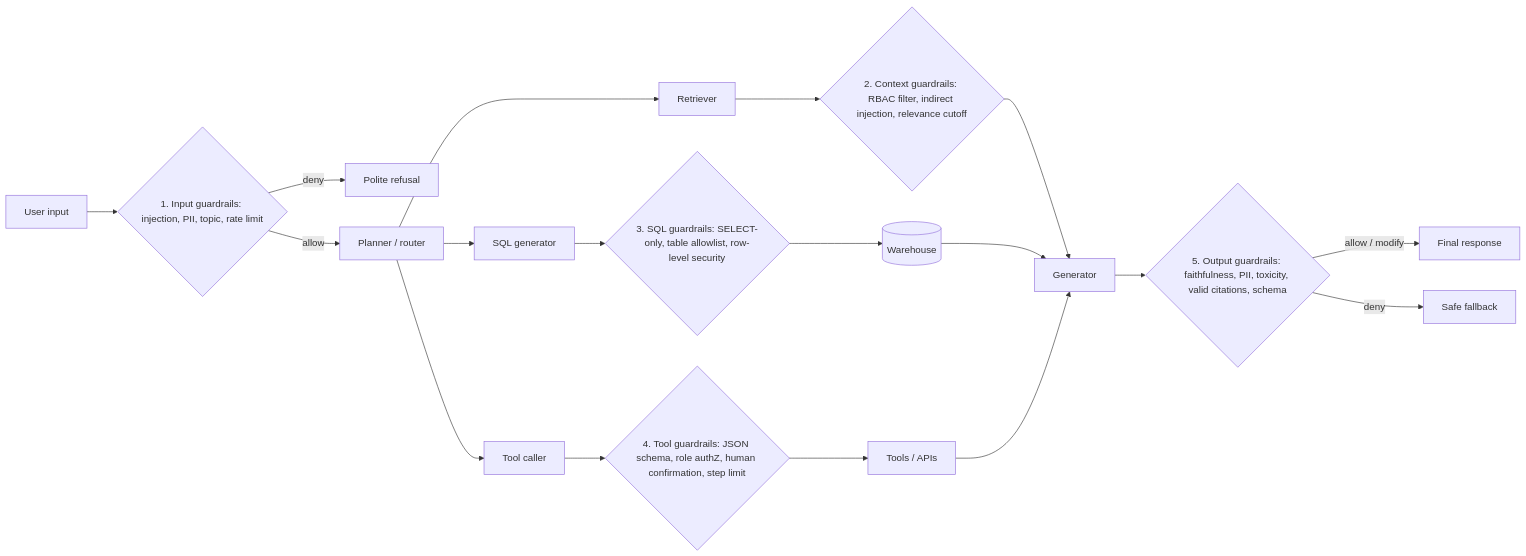
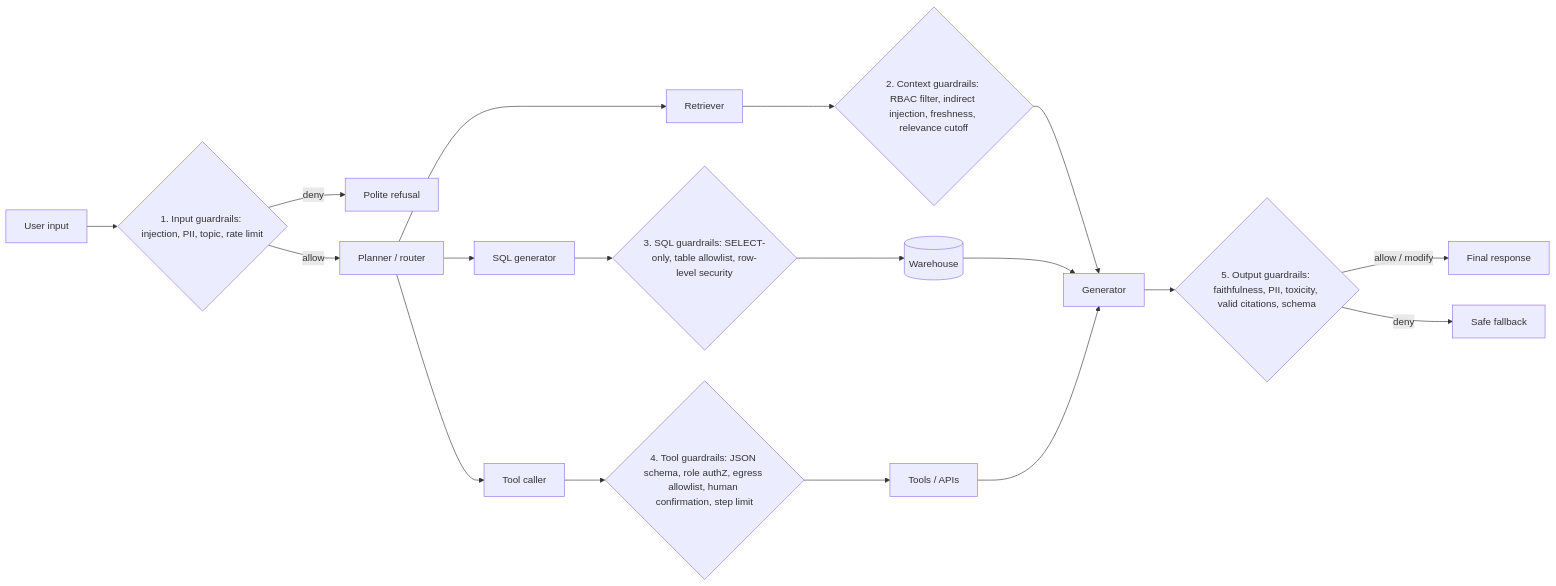
The third of 4 diagrams in research/00-foundations/02-the-evals-and-guardrails-map.md (Sarangk90/awesome-agent-evals-and-guardrails), drawn with Mermaid before and after one commit. The commit also changed other lines of this file and 4 other files, not shown here.

````diff
--- a/research/00-foundations/02-the-evals-and-guardrails-map.md
+++ b/research/00-foundations/02-the-evals-and-guardrails-map.md
@@ -204,20 +205,20 @@
 ```mermaid
 flowchart LR
     U["User input"] --> G1{"1. Input guardrails: injection, PII, topic, rate limit"}
     G1 -->|deny| X1["Polite refusal"]
     G1 -->|allow| P["Planner / router"]
     P --> R["Retriever"]
-    R --> G2{"2. Context guardrails: RBAC filter, indirect injection, relevance cutoff"}
+    R --> G2{"2. Context guardrails: RBAC filter, indirect injection, freshness, relevance cutoff"}
     G2 --> LLM["Generator"]
     P --> S["SQL generator"]
     S --> G3{"3. SQL guardrails: SELECT-only, table allowlist, row-level security"}
     G3 --> DB[("Warehouse")]
     P --> T["Tool caller"]
-    T --> G4{"4. Tool guardrails: JSON schema, role authZ, human confirmation, step limit"}
+    T --> G4{"4. Tool guardrails: JSON schema, role authZ, egress allowlist, human confirmation, step limit"}
     G4 --> API["Tools / APIs"]
     DB --> LLM
     API --> LLM
     LLM --> G5{"5. Output guardrails: faithfulness, PII, toxicity, valid citations, schema"}
     G5 -->|allow / modify| OUT["Final response"]
     G5 -->|deny| X2["Safe fallback"]
 ```
````
